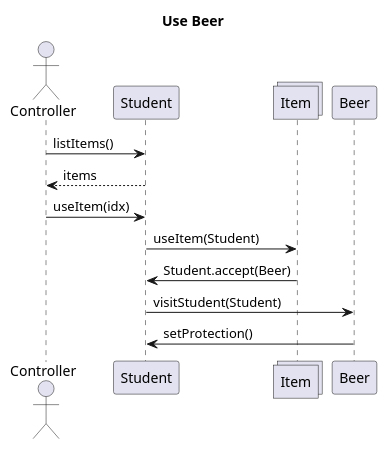
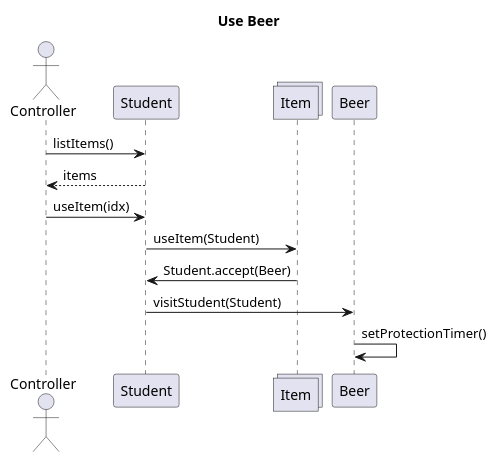
Before and after one commit to MBakter/echo: the diagram in docs/player_beer.plantuml, drawn with PlantUML. The commit also changed 10 other files, not shown here.

Commit message:
Updated sequenceDiagrams

```diff
--- a/docs/player_beer.plantuml
+++ b/docs/player_beer.plantuml
@@ -1,17 +1,17 @@
 @startuml
 title Use Beer
 
 collections Item order 20
 participant Student order 10
 participant Beer order 50
 actor Controller
 
     Controller -> Student : listItems()
     Controller <-- Student : items
     Controller -> Student : useItem(idx)
 
         Student -> Item : useItem(Student)
         Item -> Student : Student.accept(Beer)
         Student -> Beer : visitStudent(Student)
-        Student <- Beer : setProtection()
+        Beer -> Beer : setProtectionTimer()
 @enduml
```
